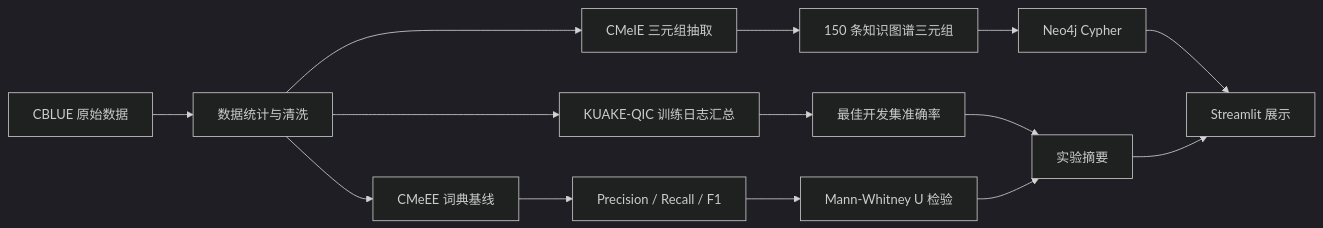
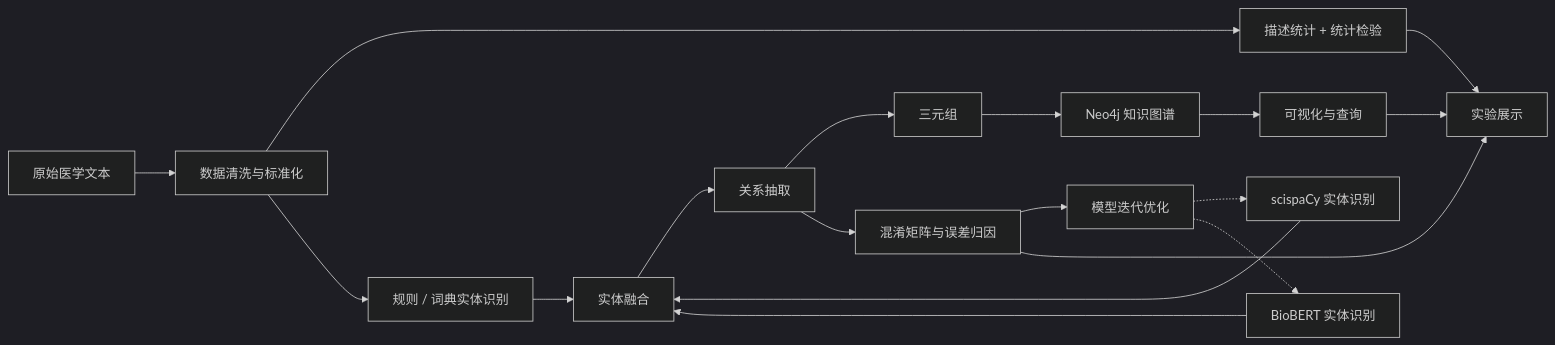
One commit to joken645/-CBLUE- changed the diagram in README.md. Above: the diagram before and after it, drawn with Mermaid (dark theme). The commit also changed other lines of this file, not shown here.

Commit message:
Align README with workflow diagram

````diff
--- a/README.md
+++ b/README.md
@@ -27,16 +27,20 @@
 ```mermaid
 flowchart LR
-    A[CBLUE 原始数据] --> B[数据统计与清洗]
-    B --> C1[CMeEE 词典基线]
-    B --> C2[CMeIE 三元组抽取]
-    B --> C3[KUAKE-QIC 训练日志汇总]
-    C1 --> D[Precision / Recall / F1]
-    C2 --> E[150 条知识图谱三元组]
-    C3 --> F[最佳开发集准确率]
-    D --> G[Mann-Whitney U 检验]
-    E --> H[Neo4j Cypher]
-    F --> I[实验摘要]
-    G --> I
-    H --> J[Streamlit 展示]
-    I --> J
+    A[原始医学文本] --> B[数据清洗与标准化]
+    B --> C1[描述统计 + 统计检验]
+    B --> C2[规则 / 词典实体识别]
+    C2 --> D[实体融合]
+    D --> E[关系抽取]
+    E --> F1[三元组]
+    F1 --> G[Neo4j 知识图谱]
+    G --> H[可视化与查询]
+    E --> F2[混淆矩阵与误差归因]
+    F2 --> I[模型迭代优化]
+    I -.-> J[scispaCy 实体识别]
+    I -.-> K[BioBERT 实体识别]
+    J --> D
+    K --> D
+    H --> L[实验展示]
+    C1 --> L
+    F2 --> L
 ```
````
